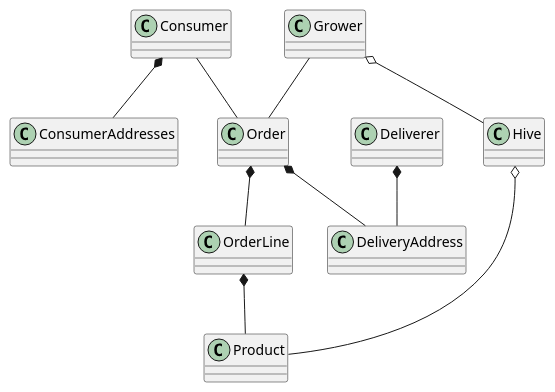
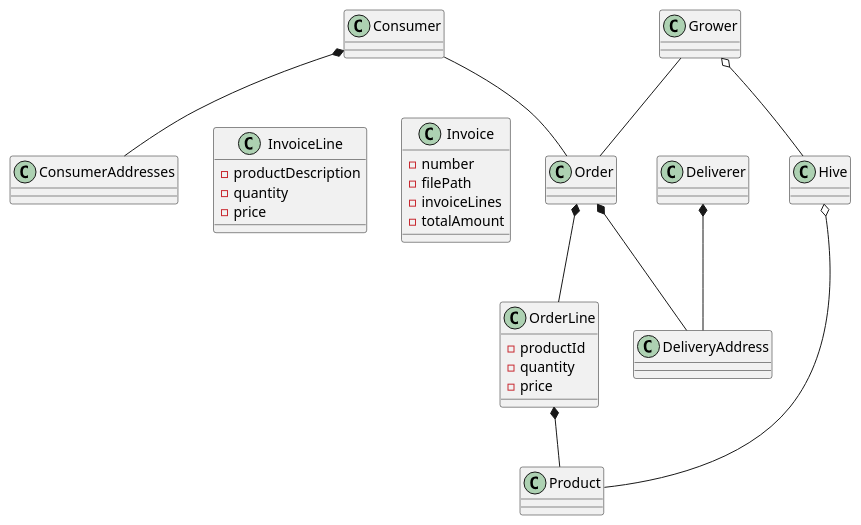
Before and after one commit to buba71/breengrow-backend: the diagram in uml/entities.puml, drawn with PlantUML. The commit also changed 81 other files, not shown here.

```diff
--- a/uml/entities.puml
+++ b/uml/entities.puml
@@ -1,43 +1,60 @@
 @startuml
 class Consumer
 class ConsumerAddresses
 
 class Grower
 class Hive
 class Deliverer
 
 
 class DeliveryAddress
 
 Together {
 class Order
-class OrderLine
+class OrderLine {
+    - productId
+    - quantity
+    - price
+}
 class Product
+class Invoice {
+    - number
+    - filePath
+    - invoiceLines
+    - totalAmount
+}
+
+class InvoiceLine {
+    - productDescription
+    - quantity
+    - price
+}
+
 }
 
 Together {
 class DeliveryAddress
 class Deliverer
 }
 
 Consumer *-- ConsumerAddresses
 Grower o-- Hive
 
 Order *-- OrderLine
 
 Hive o-- Product
 
 OrderLine *-- Product
 
 Consumer -- Order
 
 Grower -- Order
 
 Order *-- DeliveryAddress
 
 Deliverer *-- DeliveryAddress
 
 
 
 
 @enduml
```
